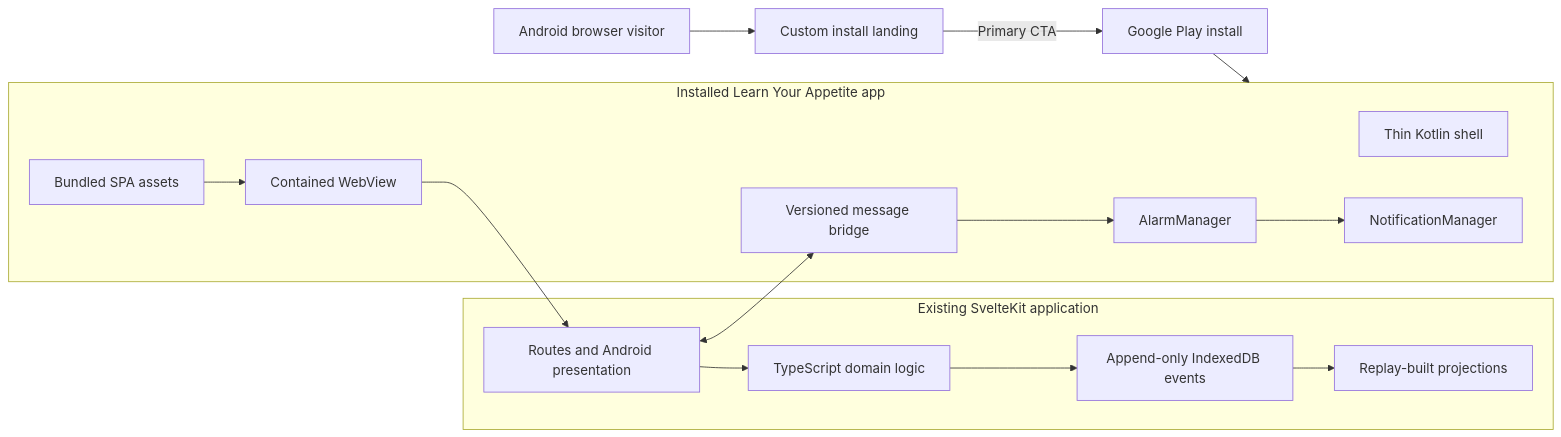
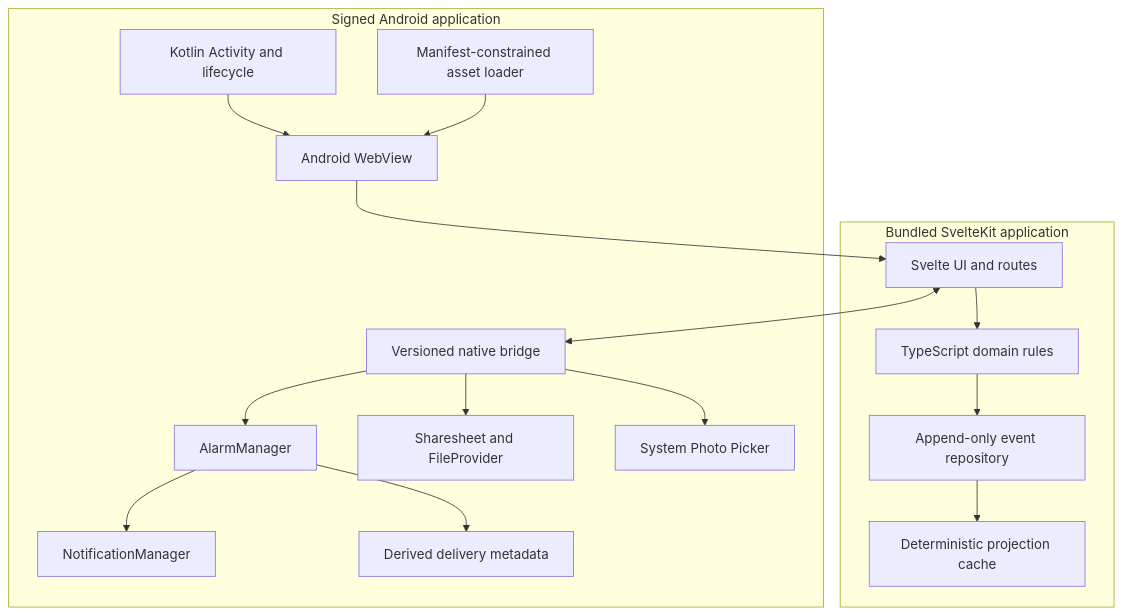
The diagram in ANDROID_PWA_DESIGN.md (anicolao/hunger), drawn with Mermaid before and after one commit. The commit also changed other lines of this file, not shown here.

Commit message:
docs: align Android shell with iOS architecture

````diff
--- a/ANDROID_PWA_DESIGN.md
+++ b/ANDROID_PWA_DESIGN.md
@@ -139,31 +111,34 @@
 ```mermaid
-flowchart LR
-    Visitor[Android browser visitor] --> Landing[Custom install landing]
-    Landing -->|Primary CTA| Play[Google Play install]
-    Play --> Package[Signed Android package]
-
-    subgraph Package[Installed Learn Your Appetite app]
-        Shell[Thin Kotlin shell]
-        WebView[Contained WebView]
-        Assets[Bundled SPA assets]
-        Bridge[Versioned message bridge]
+flowchart TB
+    subgraph Native[Signed Android application]
+        Activity[Kotlin Activity and lifecycle]
+        WebView[Android WebView]
+        Assets[Manifest-constrained asset loader]
+        Bridge[Versioned native bridge]
         Alarms[AlarmManager]
-        Notices[NotificationManager]
+        Notifications[NotificationManager]
+        Share[Sharesheet and FileProvider]
+        Photos[System Photo Picker]
+        Delivery[Derived delivery metadata]
     end
 
-    subgraph SPA[Existing SvelteKit application]
-        UI[Routes and Android presentation]
-        Domain[TypeScript domain logic]
-        Events[Append-only IndexedDB events]
-        Views[Replay-built projections]
+    subgraph Web[Bundled SvelteKit application]
+        UI[Svelte UI and routes]
+        Domain[TypeScript domain rules]
+        Events[Append-only event repository]
+        Projection[Deterministic projection cache]
     end
 
+    Activity --> WebView
     Assets --> WebView
     WebView --> UI
     UI --> Domain
     Domain --> Events
-    Events --> Views
+    Events --> Projection
     UI <--> Bridge
     Bridge --> Alarms
-    Alarms --> Notices
+    Alarms --> Notifications
+    Bridge --> Share
+    Bridge --> Photos
+    Alarms --> Delivery
 ```
````
